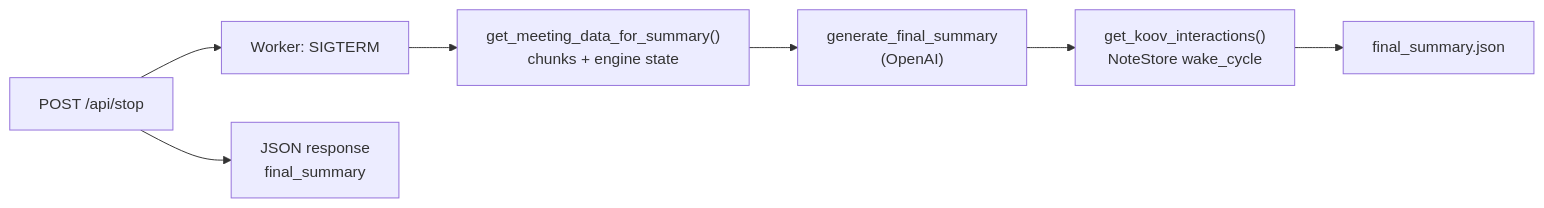
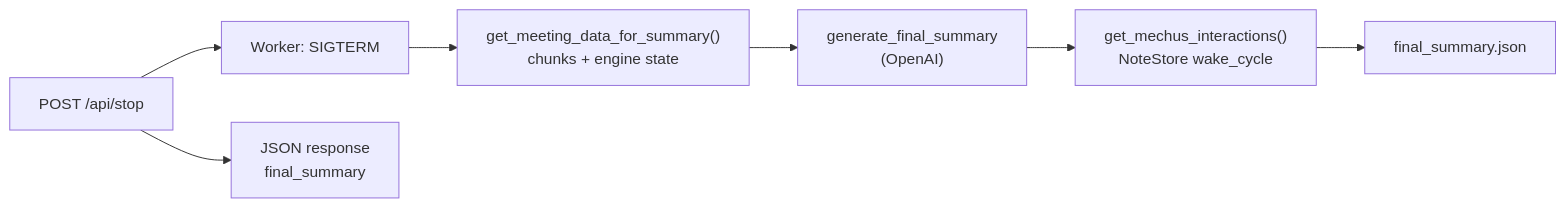
The sixth of 6 diagrams in docs/ARCHITECTURE_MAP.md (Odey340/Mechus), drawn with Mermaid before and after one commit. The commit also changed other lines of this file and 456 other files, not shown here.

First line of the commit message:
Rename koov to mechus everywhere

````diff
--- a/docs/ARCHITECTURE_MAP.md
+++ b/docs/ARCHITECTURE_MAP.md
@@ -155,10 +155,10 @@
 ```mermaid
 flowchart LR
   STOP["POST /api/stop"]
   STOP --> W["Worker: SIGTERM"]
   W --> GS["get_meeting_data_for_summary()\nchunks + engine state"]
   GS --> LLM["generate_final_summary\n(OpenAI)"]
-  LLM --> INT["get_koov_interactions()\nNoteStore wake_cycle"]
+  LLM --> INT["get_mechus_interactions()\nNoteStore wake_cycle"]
   INT --> FILE["final_summary.json"]
   STOP --> R["JSON response\nfinal_summary"]
 ```
````
